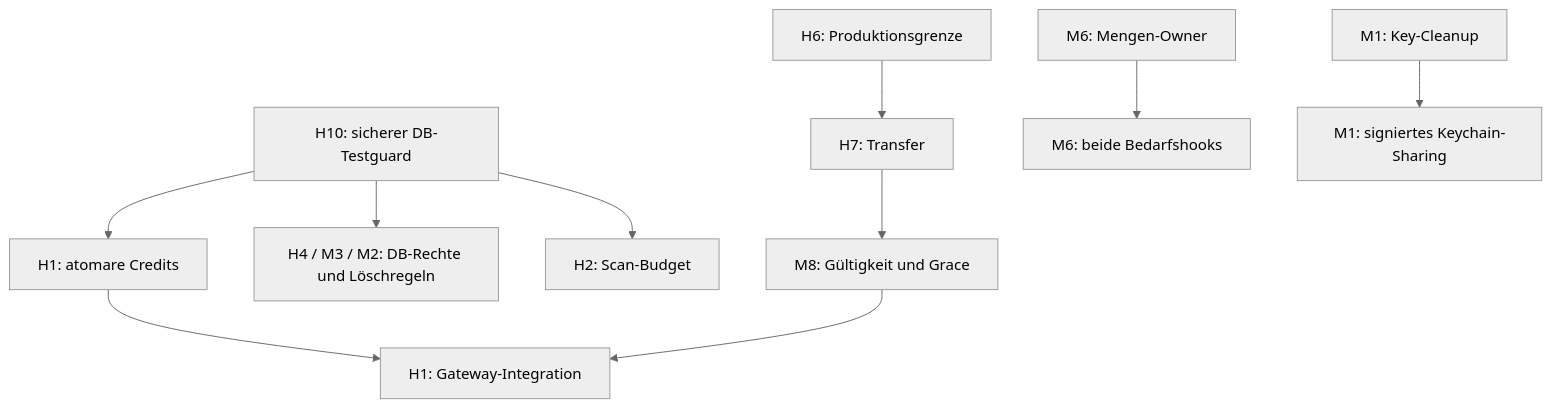
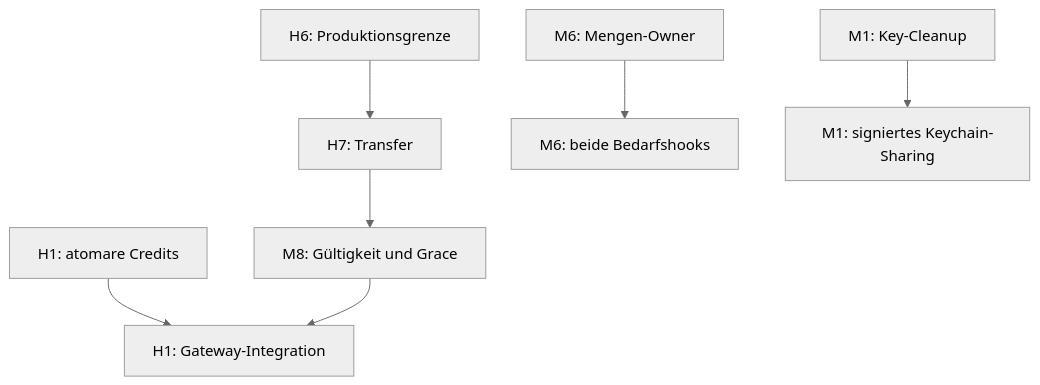
The diagram in tasks/audit-remediation/plan.md (goldjunge91/fam), drawn with Mermaid (neutral theme) before and after one commit. The commit also changed other lines of this file and 9 other files, not shown here.

````diff
--- a/tasks/audit-remediation/plan.md
+++ b/tasks/audit-remediation/plan.md
@@ -67,12 +58,9 @@
 ```mermaid
 flowchart TD
-  guard["H10: sicherer DB-Testguard"] --> credits["H1: atomare Credits"]
-  guard --> rights["H4 / M3 / M2: DB-Rechte und Löschregeln"]
-  guard --> scans["H2: Scan-Budget"]
   sandbox["H6: Produktionsgrenze"] --> transfer["H7: Transfer"]
   transfer --> validity["M8: Gültigkeit und Grace"]
-  credits --> gateway["H1: Gateway-Integration"]
+  credits["H1: atomare Credits"] --> gateway["H1: Gateway-Integration"]
   validity --> gateway
   packs["M6: Mengen-Owner"] --> needs["M6: beide Bedarfshooks"]
   cleanup["M1: Key-Cleanup"] --> sharing["M1: signiertes Keychain-Sharing"]
 ```
````
